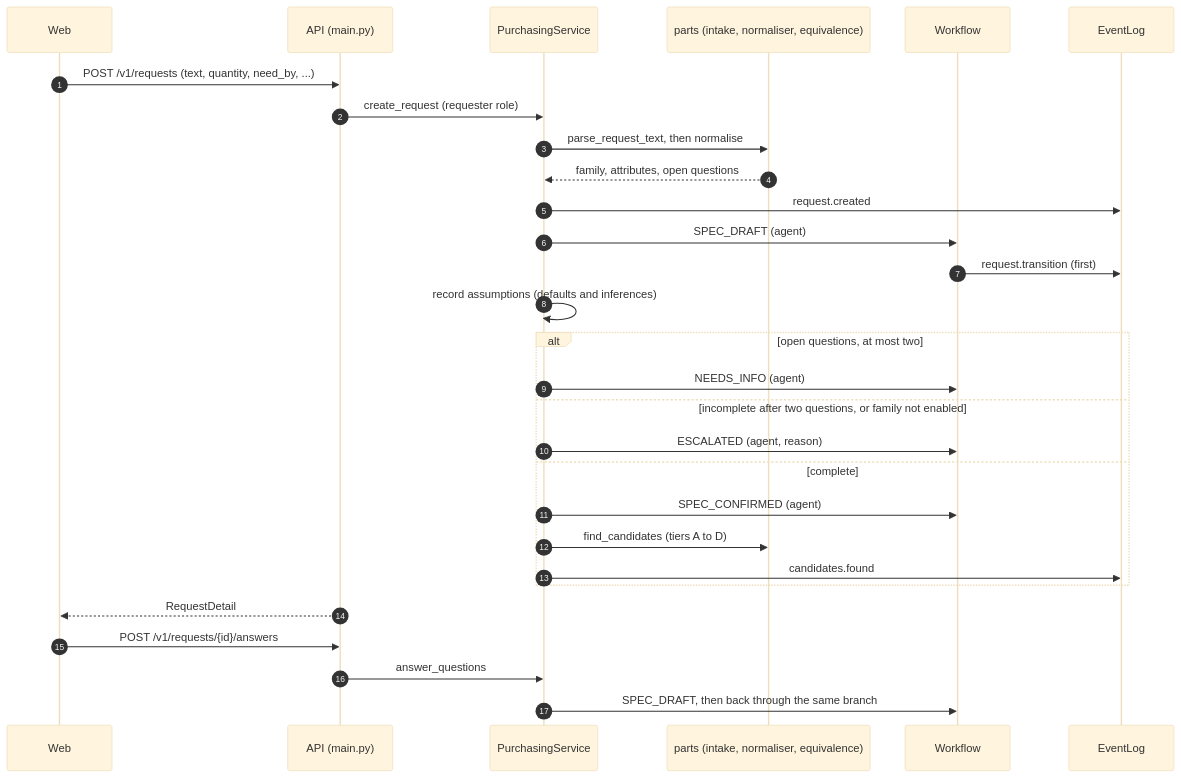
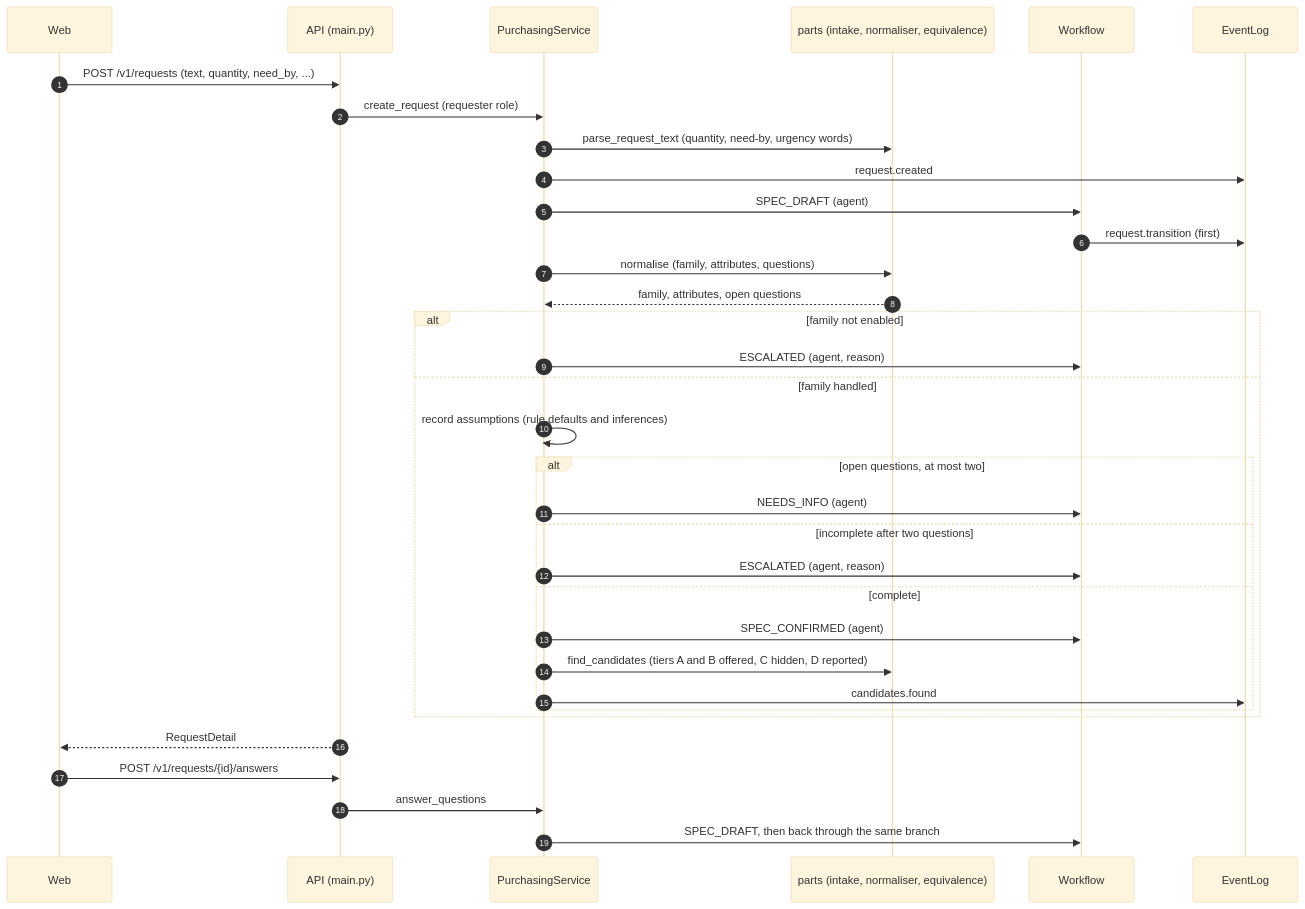
The second of 5 diagrams in docs/technical/02-request-lifecycle.md (emre-akarsu/ai-commerce-ideas), drawn with Mermaid (base theme) before and after one commit. The commit also changed other lines of this file and 2 other files, not shown here.

First line of the commit message:
docs: correct the deployment, API and lifecycle pages after an independent fact-check

````diff
--- a/docs/technical/02-request-lifecycle.md
+++ b/docs/technical/02-request-lifecycle.md
@@ -96,31 +96,36 @@
 ```mermaid
 sequenceDiagram
   autonumber
   participant W as Web
   participant A as API (main.py)
   participant S as PurchasingService
   participant P as parts (intake, normaliser, equivalence)
   participant WF as Workflow
   participant L as EventLog
   W->>A: POST /v1/requests (text, quantity, need_by, ...)
   A->>S: create_request (requester role)
-  S->>P: parse_request_text, then normalise
-  P-->>S: family, attributes, open questions
+  S->>P: parse_request_text (quantity, need-by, urgency words)
   S->>L: request.created
   S->>WF: SPEC_DRAFT (agent)
   WF->>L: request.transition (first)
-  S->>S: record assumptions (defaults and inferences)
-  alt open questions, at most two
-    S->>WF: NEEDS_INFO (agent)
-  else incomplete after two questions, or family not enabled
+  S->>P: normalise (family, attributes, questions)
+  P-->>S: family, attributes, open questions
+  alt family not enabled
     S->>WF: ESCALATED (agent, reason)
-  else complete
-    S->>WF: SPEC_CONFIRMED (agent)
-    S->>P: find_candidates (tiers A to D)
-    S->>L: candidates.found
+  else family handled
+    S->>S: record assumptions (rule defaults and inferences)
+    alt open questions, at most two
+      S->>WF: NEEDS_INFO (agent)
+    else incomplete after two questions
+      S->>WF: ESCALATED (agent, reason)
+    else complete
+      S->>WF: SPEC_CONFIRMED (agent)
+      S->>P: find_candidates (tiers A and B offered, C hidden, D reported)
+      S->>L: candidates.found
+    end
   end
   A-->>W: RequestDetail
   W->>A: POST /v1/requests/{id}/answers
   A->>S: answer_questions
   S->>WF: SPEC_DRAFT, then back through the same branch
 ```
````
